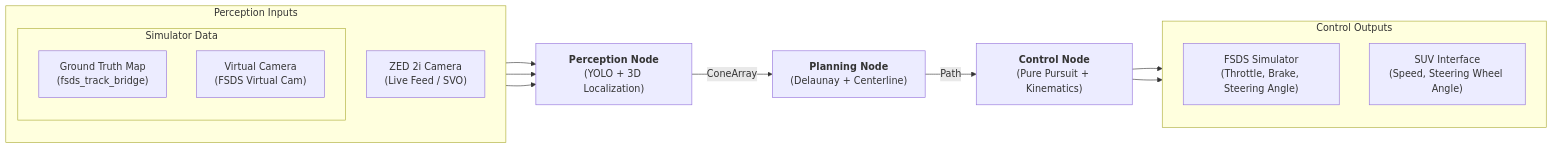
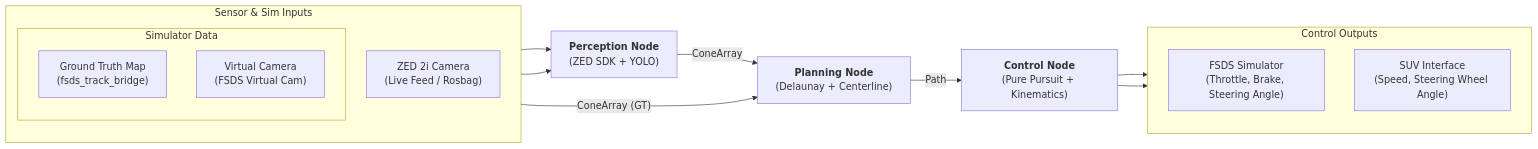
One commit to chueh0000/cone_follower_ws changed the diagram in README.md. Above: the diagram before and after it, drawn with Mermaid.

Commit message:
docs: correct system architecture graph to show ground truth bypassing perception

````diff
--- a/README.md
+++ b/README.md
@@ -11,31 +11,31 @@
 ```mermaid
 graph LR
-    subgraph Inputs ["Perception Inputs"]
+    subgraph Inputs ["Sensor & Sim Inputs"]
         direction TB
         subgraph Simulation ["Simulator Data"]
             SimMap["Ground Truth Map<br/>(fsds_track_bridge)"]
             SimCam["Virtual Camera<br/>(FSDS Virtual Cam)"]
         end
-        ZED_Camera["ZED 2i Camera<br/>(Live Feed / SVO)"]
+        ZED_Camera["ZED 2i Camera<br/>(Live Feed / Rosbag)"]
     end
 
-    Perception["<b>Perception Node</b><br/>(YOLO + 3D Localization)"]
+    Perception["<b>Perception Node</b><br/>(ZED SDK + YOLO)"]
     Planning["<b>Planning Node</b><br/>(Delaunay + Centerline)"]
     Control["<b>Control Node</b><br/>(Pure Pursuit + Kinematics)"]
 
     subgraph Outputs ["Control Outputs"]
         direction TB
         Drive_Sim["FSDS Simulator<br/>(Throttle, Brake, Steering Angle)"]
         FoxtronPi["SUV Interface<br/>(Speed, Steering Wheel Angle)"]
     end
 
-    SimMap --> Perception
     SimCam --> Perception
     ZED_Camera --> Perception
 
     Perception -- "ConeArray" --> Planning
+    SimMap -- "ConeArray (GT)" --> Planning
     Planning -- "Path" --> Control
 
     Control --> Drive_Sim
     Control --> FoxtronPi
 ```
````
